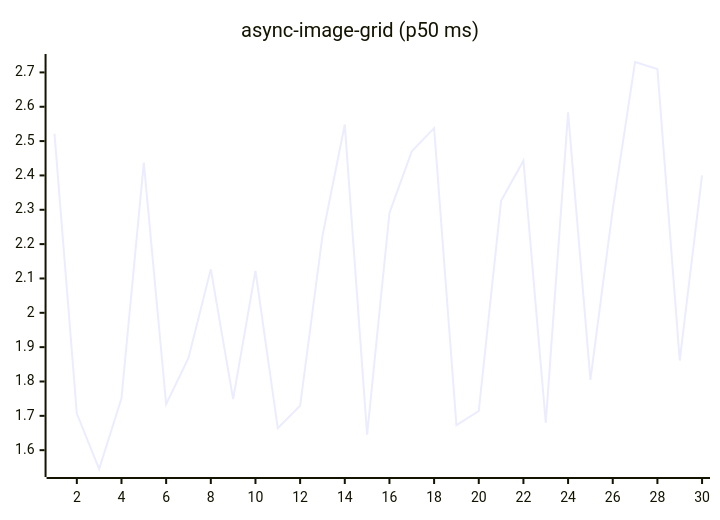
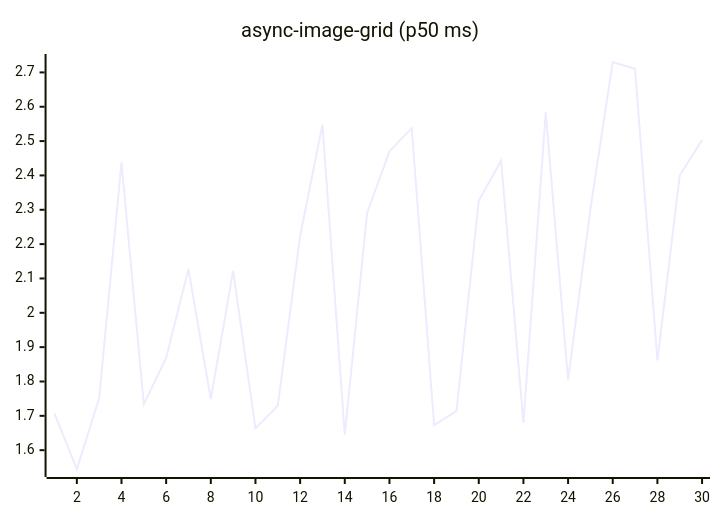
One commit to josha/Facet changed the fifth of 27 diagrams in README.md. Above: the diagram before and after it, drawn with Mermaid. The commit also changed other lines of this file and 2 other files, not shown here.

````diff
--- a/README.md
+++ b/README.md
@@ -91,6 +91,6 @@
 ```mermaid
 xychart-beta
     title "async-image-grid (p50 ms)"
     x-axis 1 --> 30
-    line [2.5214, 1.7066, 1.5452, 1.7512, 2.4372, 1.7341, 1.8684, 2.1272, 1.7487, 2.1221, 1.6642, 1.7295, 2.2238, 2.5483, 1.6449, 2.2910, 2.4702, 2.5376, 1.6727, 1.7140, 2.3260, 2.4429, 1.6792, 2.5838, 1.8048, 2.3022, 2.7303, 2.7101, 1.8610, 2.4003]
+    line [1.7066, 1.5452, 1.7512, 2.4372, 1.7341, 1.8684, 2.1272, 1.7487, 2.1221, 1.6642, 1.7295, 2.2238, 2.5483, 1.6449, 2.2910, 2.4702, 2.5376, 1.6727, 1.7140, 2.3260, 2.4429, 1.6792, 2.5838, 1.8048, 2.3022, 2.7303, 2.7101, 1.8610, 2.4003, 2.5028]
 ```
````
